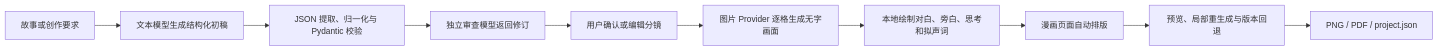
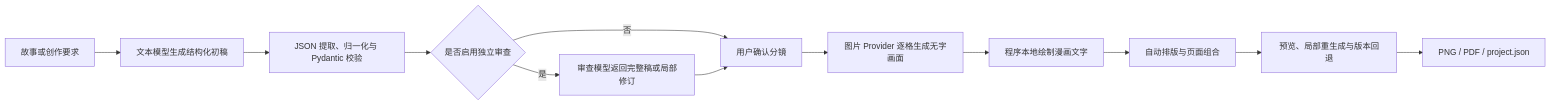
The diagram in README.md (simonwang0207-lab/ComicForge-AI), drawn with Mermaid before and after one commit. The commit also changed other lines of this file and 16 other files, not shown here.

````diff
--- a/README.md
+++ b/README.md
@@ -34,12 +121,14 @@
 ```mermaid
 flowchart LR
     A[故事或创作要求] --> B[文本模型生成结构化初稿]
     B --> C[JSON 提取、归一化与 Pydantic 校验]
-    C --> D[独立审查模型返回修订]
-    D --> E[用户确认或编辑分镜]
-    E --> F[图片 Provider 逐格生成无字画面]
-    F --> G[本地绘制对白、旁白、思考和拟声词]
-    G --> H[漫画页面自动排版]
-    H --> I[预览、局部重生成与版本回退]
-    I --> J[PNG / PDF / project.json]
+    C --> D{是否启用独立审查}
+    D -- 是 --> E[审查模型返回完整稿或局部修订]
+    D -- 否 --> F[用户确认分镜]
+    E --> F
+    F --> G[图片 Provider 逐格生成无字画面]
+    G --> H[程序本地绘制漫画文字]
+    H --> I[自动排版与页面组合]
+    I --> J[预览、局部重生成与版本回退]
+    J --> K[PNG / PDF / project.json]
 ```
````
